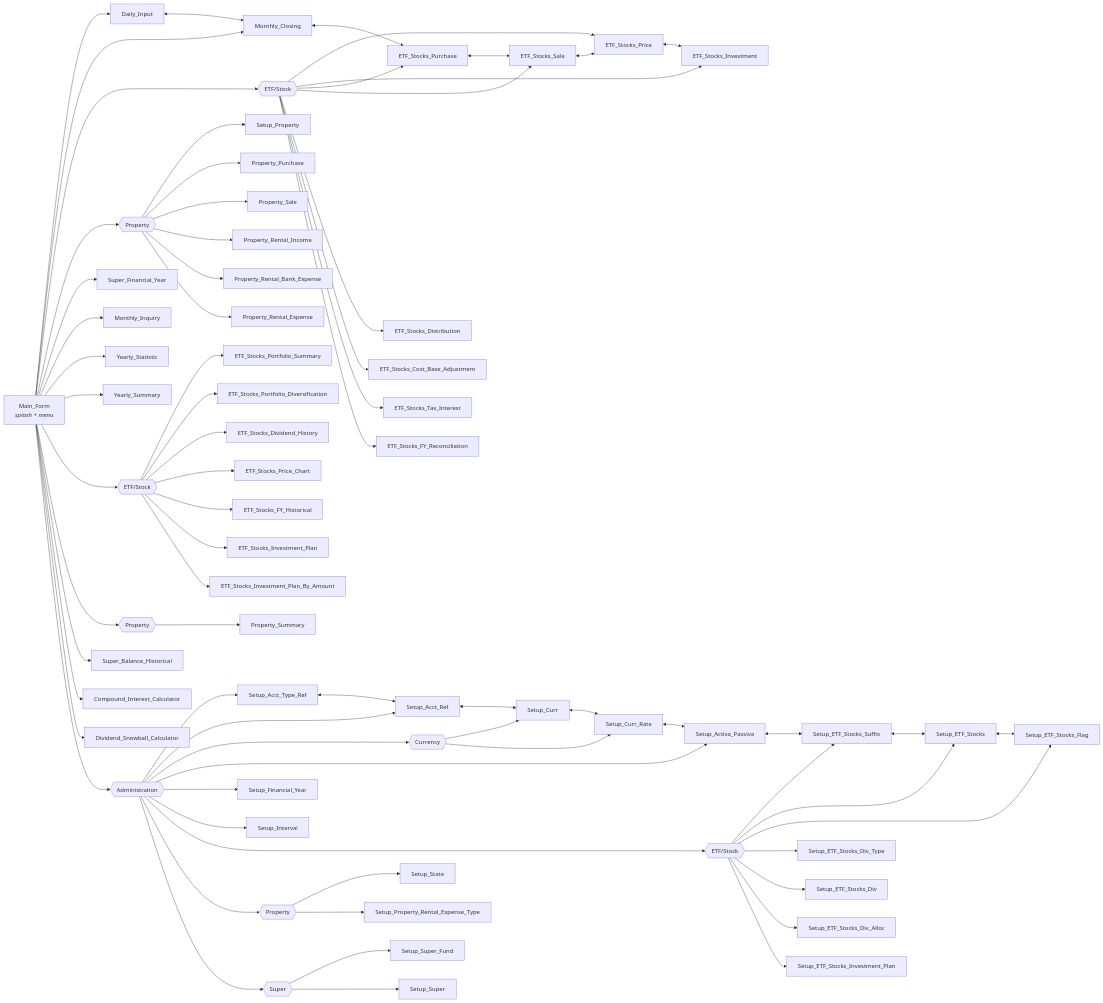
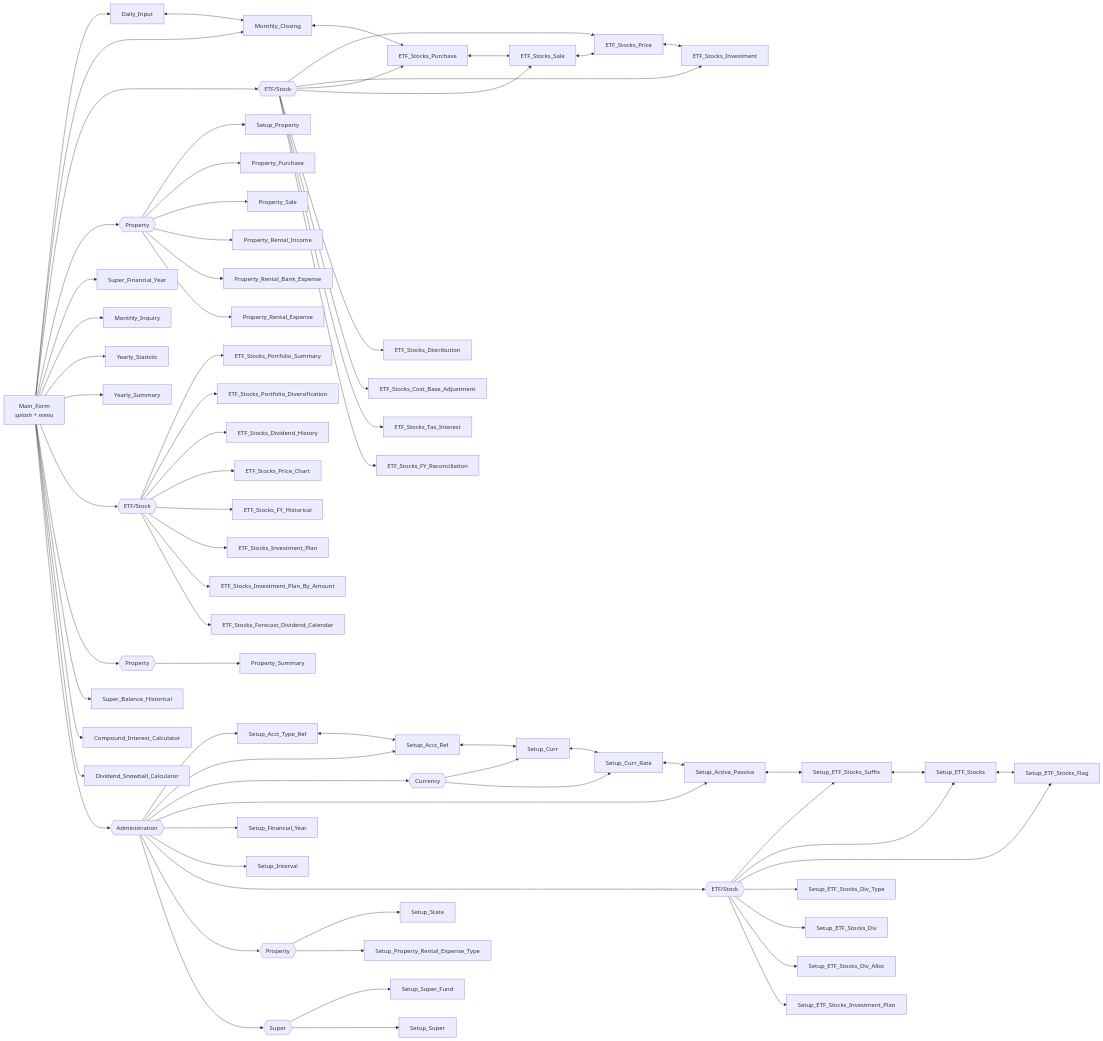
Before and after one commit to oscar-rijadi/FinancialBalance: the second of 3 diagrams in README.md, drawn with Mermaid. The commit also changed other lines of this file and 32 other files, not shown here.

Commit message:
Implement Dividend Forecast Calendar

````diff
--- a/README.md
+++ b/README.md
@@ -110,78 +110,79 @@
 ```mermaid
 flowchart LR
     MAIN["Main_Form<br/><i>splash + menu</i>"]
 
     MAIN --> DI["Daily_Input"]
     MAIN --> MC["Monthly_Closing"]
     MAIN --> PETFG{{"ETF/Stock"}}
     PETFG --> ETP["ETF_Stocks_Price"]
     PETFG --> ETI["ETF_Stocks_Investment"]
     PETFG --> ETB["ETF_Stocks_Purchase"]
     PETFG --> ETS["ETF_Stocks_Sale"]
     PETFG --> ETD["ETF_Stocks_Distribution"]
     PETFG --> ECB["ETF_Stocks_Cost_Base_Adjustment"]
     PETFG --> ETI2["ETF_Stocks_Tax_Interest"]
     PETFG --> ETR["ETF_Stocks_FY_Reconciliation"]
     MAIN --> PPROPG{{"Property"}}
     PPROPG --> SPROP["Setup_Property"]
     PPROPG --> PPUR["Property_Purchase"]
     PPROPG --> PSAL["Property_Sale"]
     PPROPG --> PRI["Property_Rental_Income"]
     PPROPG --> PRBE["Property_Rental_Bank_Expense"]
     PPROPG --> PRE["Property_Rental_Expense"]
     MAIN --> SFYP["Super_Financial_Year"]
     MAIN --> MI["Monthly_Inquiry"]
     MAIN --> YT["Yearly_Statistic"]
     MAIN --> YS["Yearly_Summary"]
     MAIN --> PORTG{{"ETF/Stock"}}
     PORTG --> PSUM["ETF_Stocks_Portfolio_Summary"]
     PORTG --> PDIV["ETF_Stocks_Portfolio_Diversification"]
     PORTG --> PDVH["ETF_Stocks_Dividend_History"]
     PORTG --> PPCH["ETF_Stocks_Price_Chart"]
     PORTG --> PFYH["ETF_Stocks_FY_Historical"]
     PORTG --> PIVP["ETF_Stocks_Investment_Plan"]
     PORTG --> PIVA["ETF_Stocks_Investment_Plan_By_Amount"]
+    PORTG --> PFDC["ETF_Stocks_Forecast_Dividend_Calendar"]
     MAIN --> IPROPG{{"Property"}}
     IPROPG --> PSMY["Property_Summary"]
     MAIN --> SBH["Super_Balance_Historical"]
     MAIN --> CIC["Compound_Interest_Calculator"]
     MAIN --> DSC["Dividend_Snowball_Calculator"]
 
     MAIN --> ADMIN{{"Administration"}}
     ADMIN --> SATR["Setup_Acct_Type_Ref"]
     ADMIN --> SAR["Setup_Acct_Ref"]
     ADMIN --> CURG{{"Currency"}}
     CURG --> SC["Setup_Curr"]
     CURG --> SCR["Setup_Curr_Rate"]
     ADMIN --> SAP["Setup_Activa_Passiva"]
     ADMIN --> SFY["Setup_Financial_Year"]
     ADMIN --> SIV["Setup_Interval"]
     ADMIN --> ETFG{{"ETF/Stock"}}
     ETFG --> SES["Setup_ETF_Stocks_Suffix"]
     ETFG --> SET["Setup_ETF_Stocks"]
     ETFG --> SEF["Setup_ETF_Stocks_Flag"]
     ETFG --> SDT["Setup_ETF_Stocks_Div_Type"]
     ETFG --> SDV["Setup_ETF_Stocks_Div"]
     ETFG --> SDA["Setup_ETF_Stocks_Div_Alloc"]
     ETFG --> SIP["Setup_ETF_Stocks_Investment_Plan"]
     ADMIN --> PROPG{{"Property"}}
     PROPG --> SST["Setup_State"]
     PROPG --> SPRET["Setup_Property_Rental_Expense_Type"]
     ADMIN --> SUPG{{"Super"}}
     SUPG --> SSF["Setup_Super_Fund"]
     SUPG --> SSU["Setup_Super"]
 
     DI <--> MC
     MC <--> ETB
     ETB <--> ETS
     ETS <--> ETP
     ETP <--> ETI
 
     SATR <--> SAR
     SAR <--> SC
     SC <--> SCR
     SCR <--> SAP
     SAP <--> SES
     SES <--> SET
     SET <--> SEF
 ```
````
